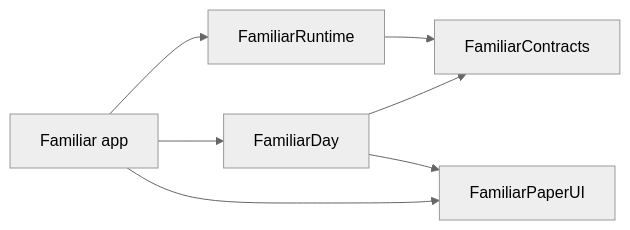
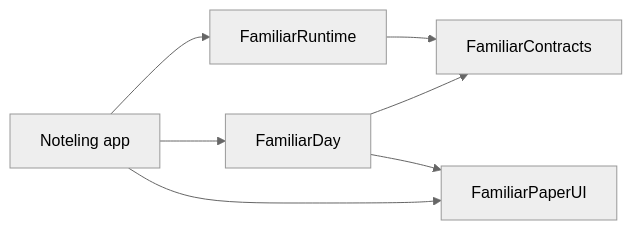
The second of 3 diagrams in docs/architecture/next-phase-structure.md (isought/Familiar), drawn with Mermaid (neutral theme) before and after one commit. The commit also changed other lines of this file and 83 other files, not shown here.

````diff
--- a/docs/architecture/next-phase-structure.md
+++ b/docs/architecture/next-phase-structure.md
@@ -144,9 +144,9 @@
 ```mermaid
 flowchart LR
-    App[Familiar app] --> Day[FamiliarDay]
+    App[Noteling app] --> Day[FamiliarDay]
     App --> Runtime[FamiliarRuntime]
     App --> Paper[FamiliarPaperUI]
     Day --> Contracts[FamiliarContracts]
     Day --> Paper
     Runtime --> Contracts
 ```
````
